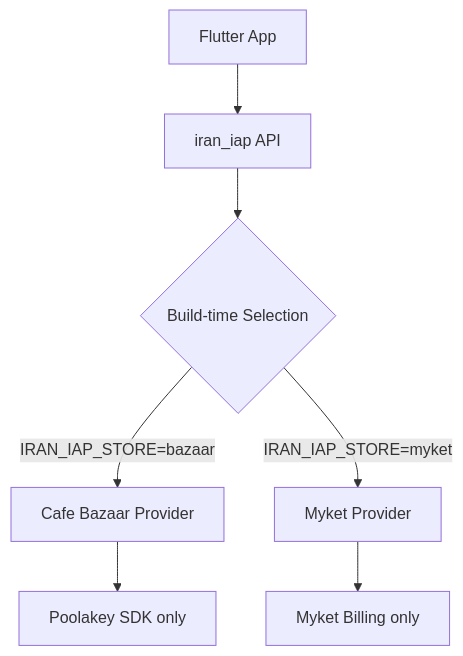
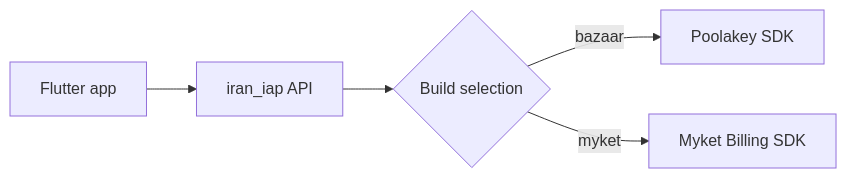
The diagram in README.md (ariaramin/iran-iap), drawn with Mermaid before and after one commit. The commit also changed other lines of this file and 28 other files, not shown here.

````diff
--- a/README.md
+++ b/README.md
@@ -18,9 +18,7 @@
 ```mermaid
-graph TD
-    App[Flutter App] --> API[iran_iap API]
-    API --> Selection{Build-time Selection}
-    Selection -- "IRAN_IAP_STORE=bazaar" --> Bazaar[Cafe Bazaar Provider]
-    Selection -- "IRAN_IAP_STORE=myket" --> Myket[Myket Provider]
-    Bazaar --> Poolakey[Poolakey SDK only]
-    Myket --> MyketSDK[Myket Billing only]
+flowchart LR
+    App["Flutter app"] --> API["iran_iap API"]
+    API --> Store{"Build selection"}
+    Store -->|bazaar| Bazaar["Poolakey SDK"]
+    Store -->|myket| Myket["Myket Billing SDK"]
 ```
````
